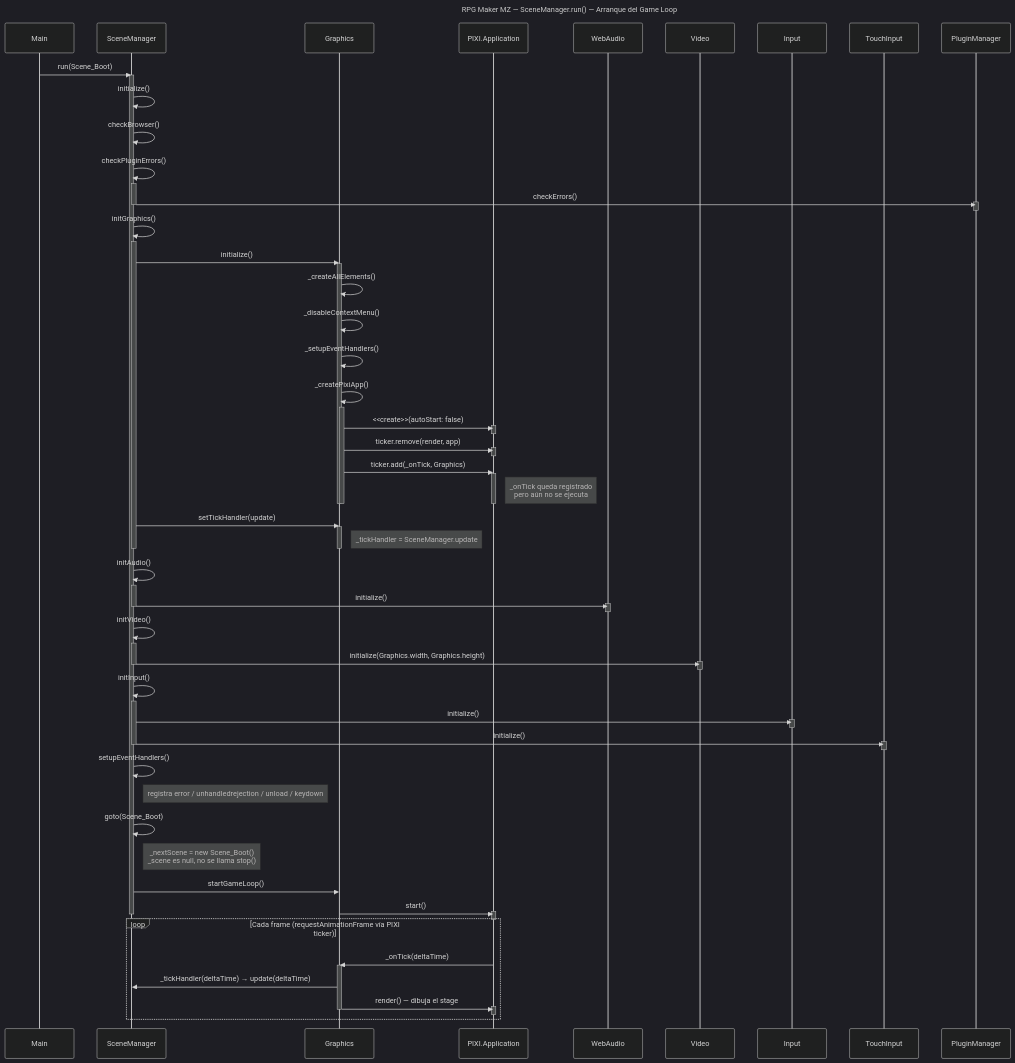
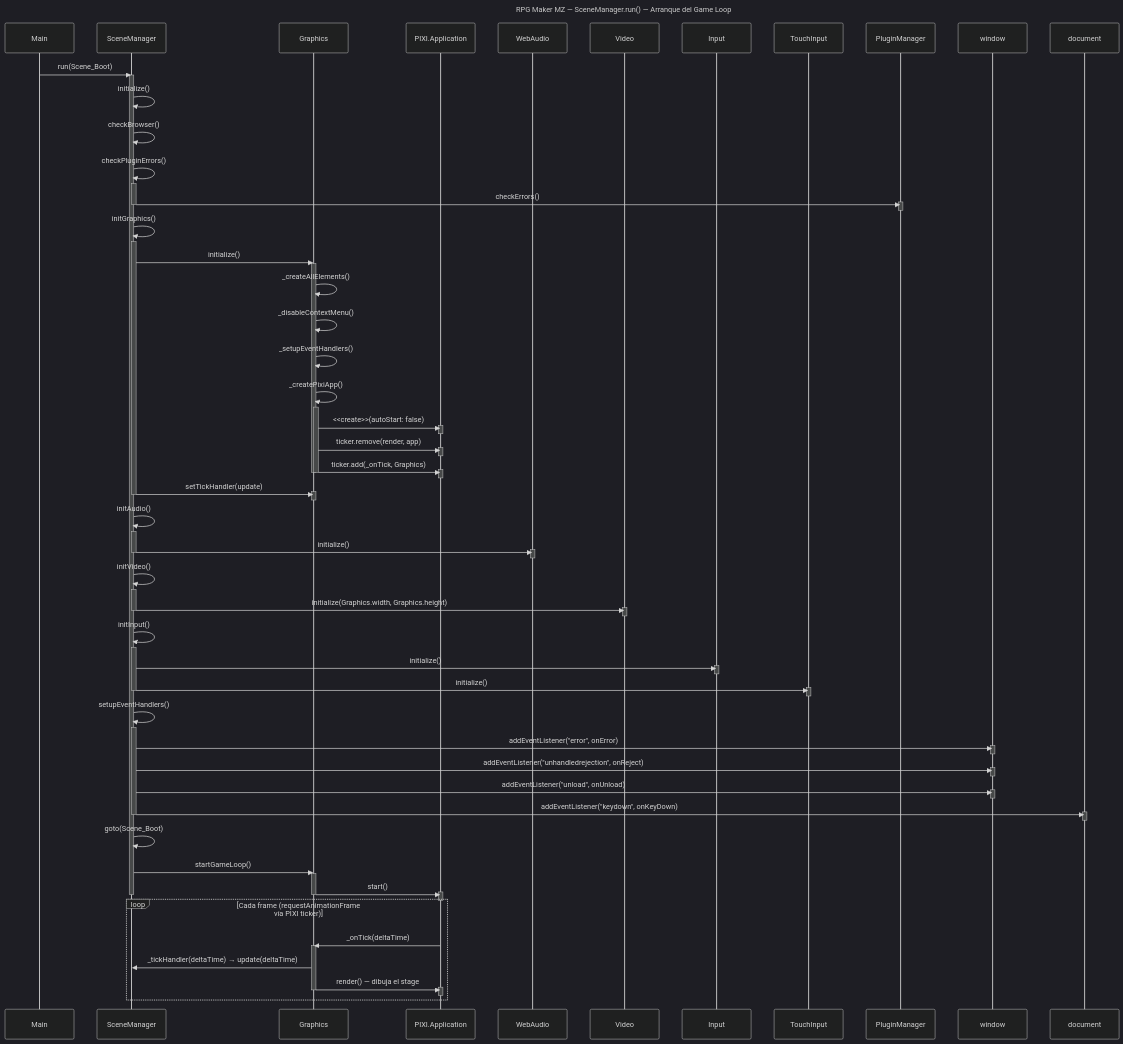
Before and after one commit to Cri-ParraC/rmmz-mermaid-diagrams: the diagram in sequence-diagrams/scenemanager-run.mmd, drawn with Mermaid (dark theme).

Commit message:
Add window and document event listeners to SceneManager

```diff
--- a/sequence-diagrams/scenemanager-run.mmd
+++ b/sequence-diagrams/scenemanager-run.mmd
@@ -1,97 +1,109 @@
 sequenceDiagram
     title RPG Maker MZ — SceneManager.run() — Arranque del Game Loop
 
     participant Main
     participant SceneManager
     participant Graphics
     participant PIXIApp as PIXI.Application
     participant WebAudio
     participant Video
     participant Input
     participant TouchInput
     participant PluginManager
+    participant Window as window
+    participant Document as document
 
     Main->>SceneManager: run(Scene_Boot)
 
     activate SceneManager
 
     SceneManager->>SceneManager: initialize()
     SceneManager->>SceneManager: checkBrowser()
     SceneManager->>SceneManager: checkPluginErrors()
     activate SceneManager
     SceneManager->>PluginManager: checkErrors()
     activate PluginManager
     deactivate PluginManager
     deactivate SceneManager
     SceneManager->>SceneManager: initGraphics()
     activate SceneManager
     SceneManager->>Graphics: initialize()
-    
     activate Graphics
-    
     Graphics->>Graphics: _createAllElements()
     Graphics->>Graphics: _disableContextMenu()
     Graphics->>Graphics: _setupEventHandlers()
     Graphics->>Graphics: _createPixiApp()
     activate Graphics
     Graphics->>PIXIApp: <<create>>(autoStart: false)
     activate PIXIApp
     deactivate PIXIApp
     Graphics->>PIXIApp: ticker.remove(render, app)
     activate PIXIApp
     deactivate PIXIApp
     Graphics->>PIXIApp: ticker.add(_onTick, Graphics)
     activate PIXIApp
-    note right of PIXIApp: _onTick queda registrado<br/>pero aún no se ejecuta
     deactivate PIXIApp
     deactivate Graphics
     deactivate Graphics
     SceneManager->>Graphics: setTickHandler(update)
     activate Graphics
-    note right of Graphics: _tickHandler = SceneManager.update
     deactivate Graphics
     deactivate SceneManager
 
     SceneManager->>SceneManager: initAudio()
     activate SceneManager
     SceneManager->>WebAudio: initialize()
     activate WebAudio
     deactivate WebAudio
     deactivate SceneManager
     SceneManager->>SceneManager: initVideo()
     activate SceneManager
     SceneManager->>Video: initialize(Graphics.width, Graphics.height)
     activate Video
     deactivate Video
     deactivate SceneManager
     SceneManager->>SceneManager: initInput()
     activate SceneManager
     SceneManager->>Input: initialize()
     activate Input
     deactivate Input
     SceneManager->>TouchInput: initialize()
     activate TouchInput
     deactivate TouchInput
     deactivate SceneManager
     SceneManager->>SceneManager: setupEventHandlers()
-    note right of SceneManager: registra error / unhandledrejection / unload / keydown
+    activate SceneManager
+    SceneManager->>Window: addEventListener("error", onError)
+    activate Window
+    deactivate Window
+    SceneManager->>Window: addEventListener("unhandledrejection", onReject)
+    activate Window
+    deactivate Window
+    SceneManager->>Window: addEventListener("unload", onUnload)
+    activate Window
+    deactivate Window
+    SceneManager->>Document: addEventListener("keydown", onKeyDown)
+    activate Document
+    deactivate Document
+    deactivate SceneManager
 
     SceneManager->>SceneManager: goto(Scene_Boot)
-    note right of SceneManager: _nextScene = new Scene_Boot()<br/>_scene es null, no se llama stop()
 
     SceneManager->>Graphics: startGameLoop()
+    activate Graphics
     Graphics->>PIXIApp: start()
     activate PIXIApp
     deactivate PIXIApp
+    deactivate Graphics
 
     deactivate SceneManager
 
     loop Cada frame (requestAnimationFrame vía PIXI ticker)
         PIXIApp->>Graphics: _onTick(deltaTime)
         activate Graphics
         Graphics->>SceneManager: _tickHandler(deltaTime) → update(deltaTime)
         Graphics->>PIXIApp: render() — dibuja el stage
         activate PIXIApp
         deactivate PIXIApp
         deactivate Graphics
     end
```
